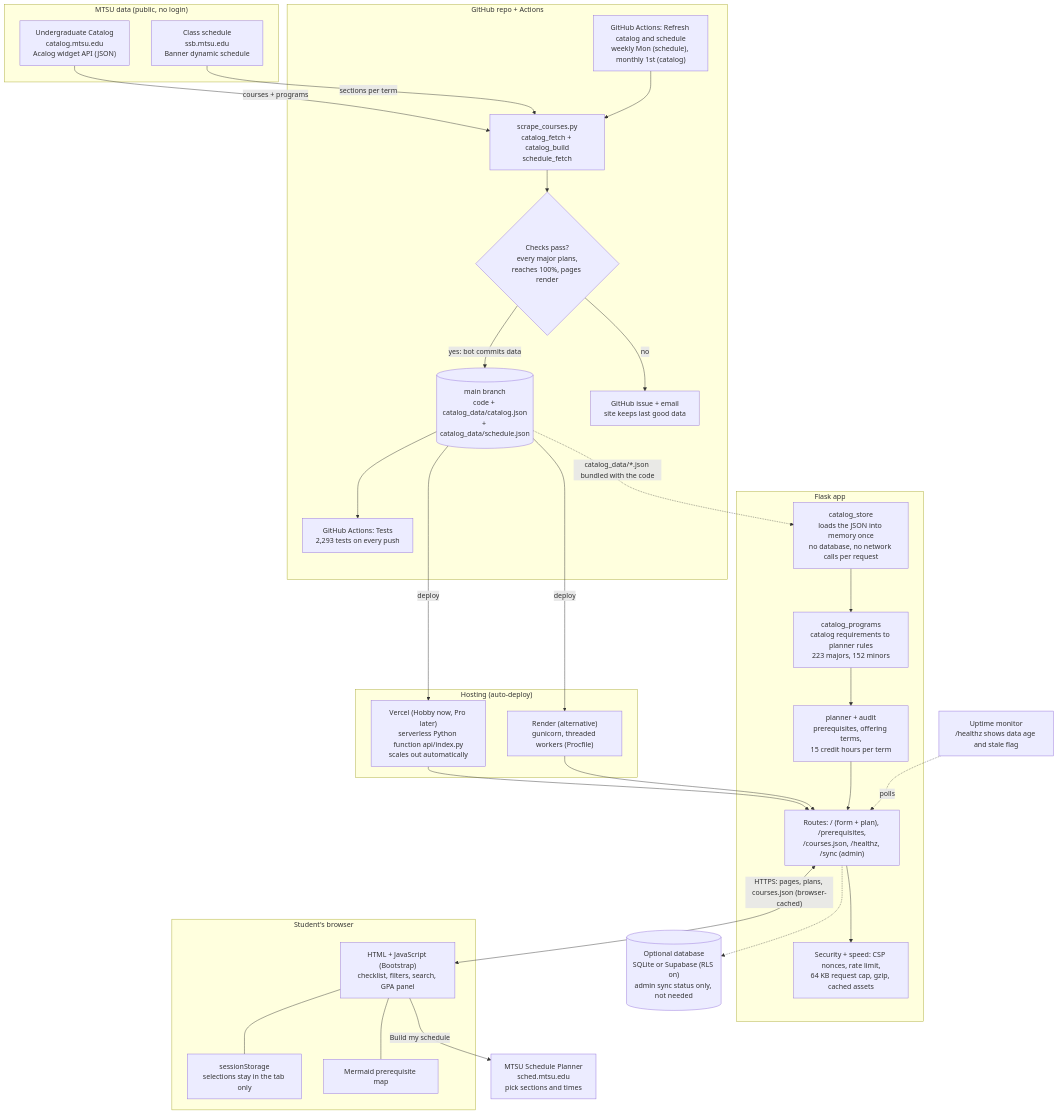
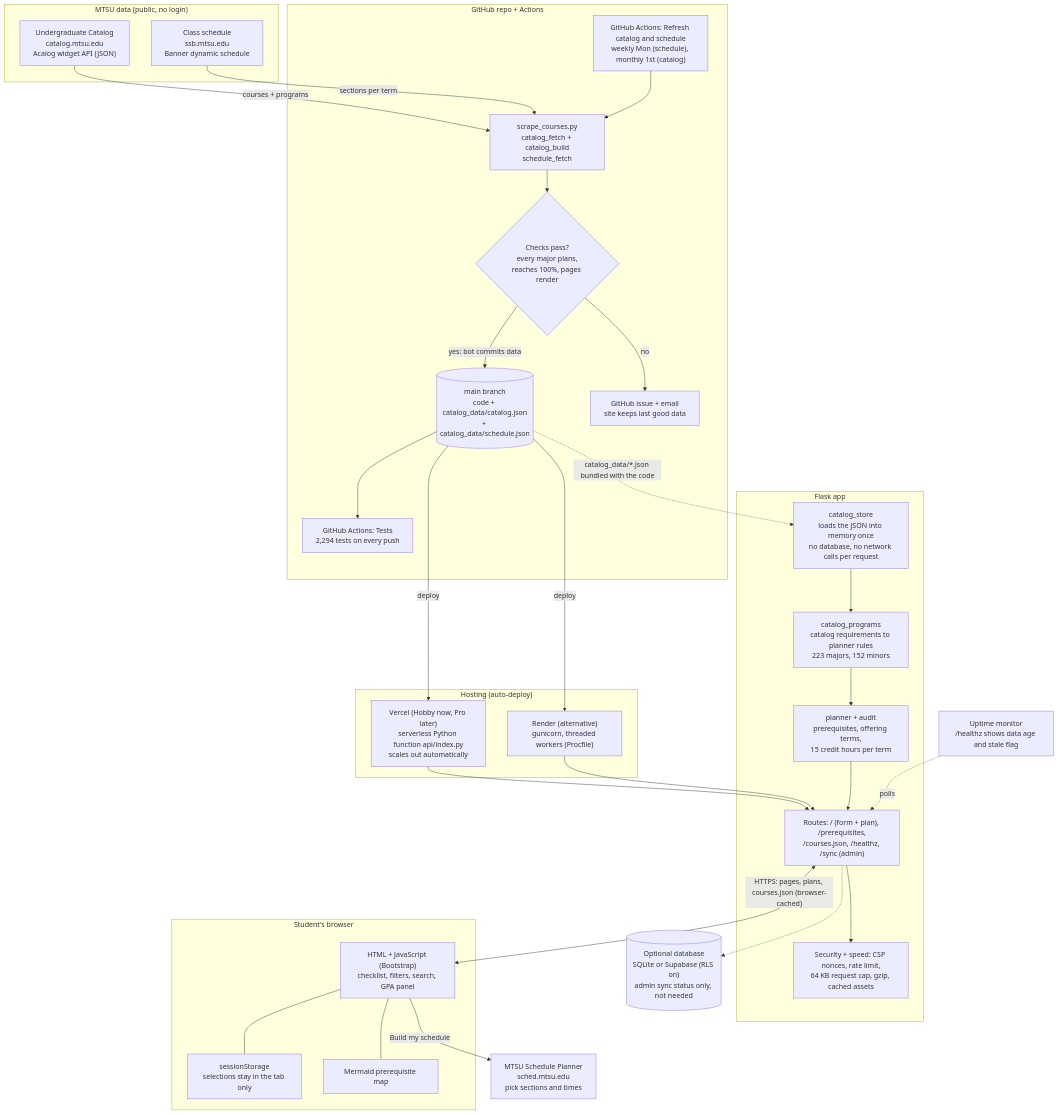
One commit to stevenGGG23/MTSU-GradPath changed the diagram in README.md. Above: the diagram before and after it, drawn with Mermaid. The commit also changed other lines of this file and 5 other files, not shown here.

````diff
--- a/README.md
+++ b/README.md
@@ -272,60 +273,60 @@
 ```mermaid
 flowchart TB
     subgraph MTSU["MTSU data (public, no login)"]
         CAT["Undergraduate Catalog<br/>catalog.mtsu.edu<br/>Acalog widget API (JSON)"]
         SCH["Class schedule<br/>ssb.mtsu.edu<br/>Banner dynamic schedule"]
     end
 
     subgraph GH["GitHub repo + Actions"]
         REFRESH["GitHub Actions: Refresh catalog and schedule<br/>weekly Mon (schedule), monthly 1st (catalog)"]
         EXPORT["scrape_courses.py<br/>catalog_fetch + catalog_build<br/>schedule_fetch"]
         GATE{"Checks pass?<br/>every major plans,<br/>reaches 100%, pages render"}
         REPO[("main branch<br/>code + catalog_data/catalog.json<br/>+ catalog_data/schedule.json")]
         ISSUE["GitHub issue + email<br/>site keeps last good data"]
-        TESTS["GitHub Actions: Tests<br/>2,293 tests on every push"]
+        TESTS["GitHub Actions: Tests<br/>2,294 tests on every push"]
     end
 
     subgraph HOST["Hosting (auto-deploy)"]
         VERCEL["Vercel (Hobby now, Pro later)<br/>serverless Python function api/index.py<br/>scales out automatically"]
         RENDER["Render (alternative)<br/>gunicorn, threaded workers (Procfile)"]
     end
 
     subgraph APP["Flask app"]
         STORE["catalog_store<br/>loads the JSON into memory once<br/>no database, no network calls per request"]
         CONVERT["catalog_programs<br/>catalog requirements to planner rules<br/>223 majors, 152 minors"]
         PLAN["planner + audit<br/>prerequisites, offering terms,<br/>15 credit hours per term"]
         ROUTES["Routes: / (form + plan), /prerequisites,<br/>/courses.json, /healthz, /sync (admin)"]
         HARDEN["Security + speed: CSP nonces, rate limit,<br/>64 KB request cap, gzip, cached assets"]
     end
 
     subgraph USER["Student's browser"]
         PAGE["HTML + JavaScript (Bootstrap)<br/>checklist, filters, search, GPA panel"]
         LOCAL["sessionStorage<br/>selections stay in the tab only"]
         MERMAID["Mermaid prerequisite map"]
     end
 
     SP["MTSU Schedule Planner<br/>sched.mtsu.edu<br/>pick sections and times"]
 
     DB[("Optional database<br/>SQLite or Supabase (RLS on)<br/>admin sync status only, not needed")]
     MON["Uptime monitor<br/>/healthz shows data age and stale flag"]
 
     CAT -->|"courses + programs"| EXPORT
     SCH -->|"sections per term"| EXPORT
     REFRESH --> EXPORT --> GATE
     GATE -->|"yes: bot commits data"| REPO
     GATE -->|"no"| ISSUE
     REPO --> TESTS
     REPO -->|"deploy"| VERCEL
     REPO -->|"deploy"| RENDER
     VERCEL --> ROUTES
     RENDER --> ROUTES
     ROUTES --> HARDEN
     STORE --> CONVERT --> PLAN --> ROUTES
     REPO -.->|"catalog_data/*.json bundled with the code"| STORE
     ROUTES <-->|"HTTPS: pages, plans, courses.json (browser-cached)"| PAGE
     PAGE --- LOCAL
     PAGE --- MERMAID
     PAGE -->|"Build my schedule"| SP
     ROUTES -.-> DB
     MON -.->|"polls"| ROUTES
 ```
````
